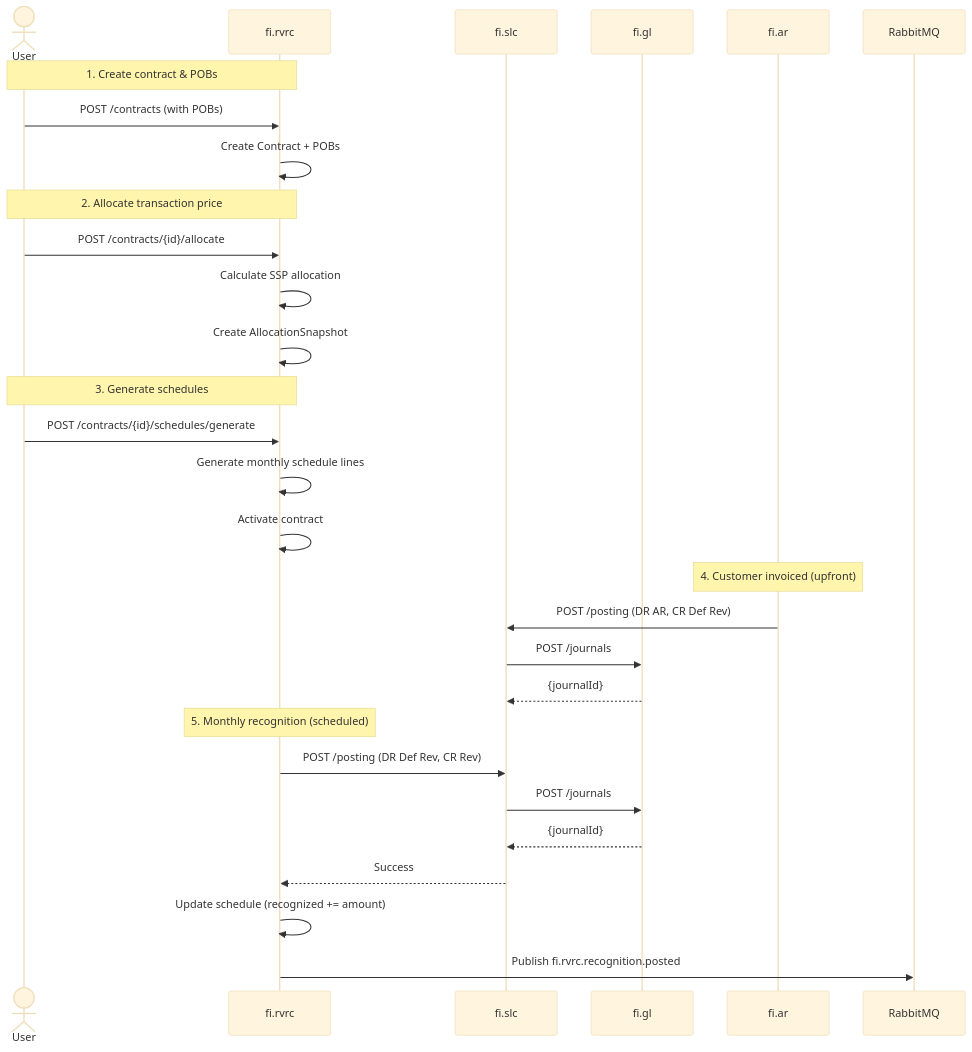
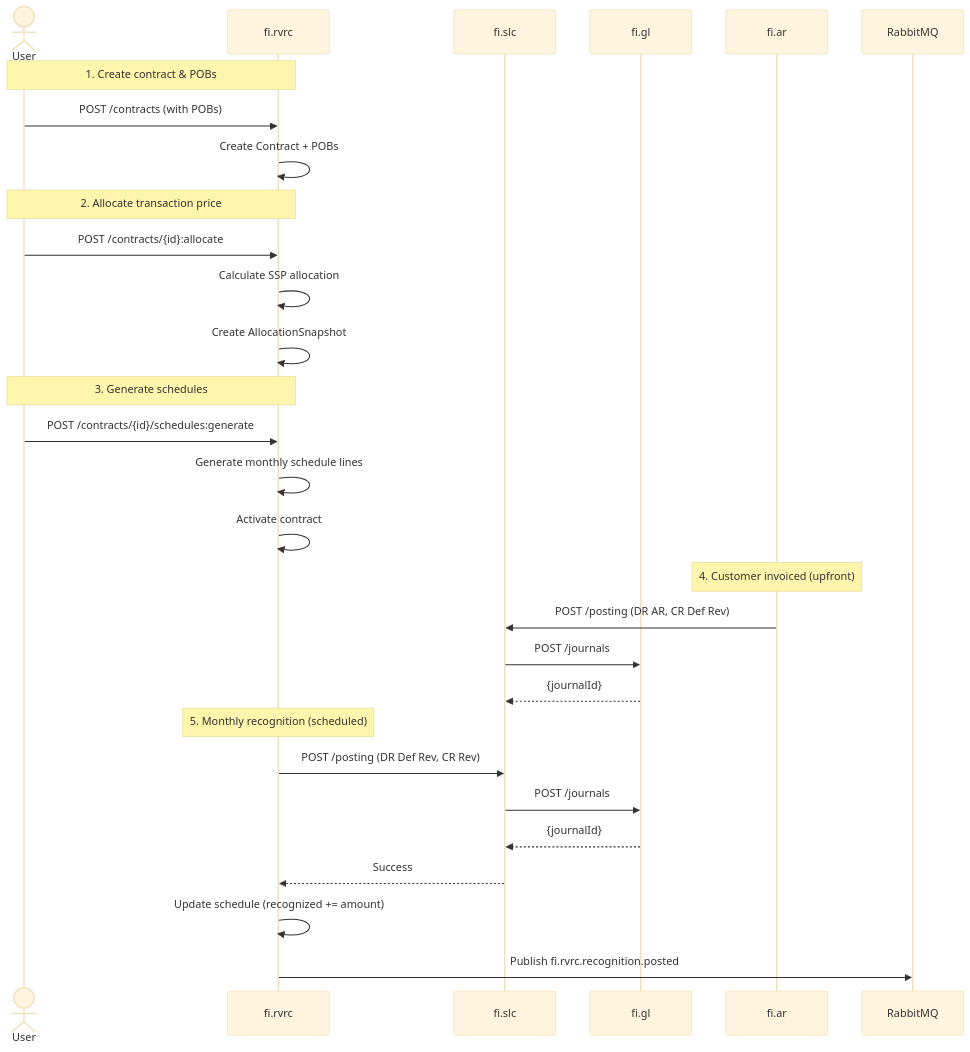
Before and after one commit to openleap-io/io.openleap.dev.spec: the sixth of 8 diagrams in T3_Domains/FI/domain-specs/ext/fi_rvrc-spec.md, drawn with Mermaid (base theme). The commit also changed other lines of this file and 54 other files, not shown here.

````diff
--- a/T3_Domains/FI/domain-specs/ext/fi_rvrc-spec.md
+++ b/T3_Domains/FI/domain-specs/ext/fi_rvrc-spec.md
@@ -861,36 +1605,36 @@
 ```mermaid
 sequenceDiagram
     actor User
     participant REVREC as fi.rvrc
     participant SLC as fi.slc
     participant GL as fi.gl
     participant AR as fi.ar
     participant MQ as RabbitMQ
     
     Note over User,REVREC: 1. Create contract & POBs
     User->>REVREC: POST /contracts (with POBs)
     REVREC->>REVREC: Create Contract + POBs
     
     Note over User,REVREC: 2. Allocate transaction price
-    User->>REVREC: POST /contracts/{id}/allocate
+    User->>REVREC: POST /contracts/{id}:allocate
     REVREC->>REVREC: Calculate SSP allocation
     REVREC->>REVREC: Create AllocationSnapshot
     
     Note over User,REVREC: 3. Generate schedules
-    User->>REVREC: POST /contracts/{id}/schedules/generate
+    User->>REVREC: POST /contracts/{id}/schedules:generate
     REVREC->>REVREC: Generate monthly schedule lines
     REVREC->>REVREC: Activate contract
     
     Note over AR: 4. Customer invoiced (upfront)
     AR->>SLC: POST /posting (DR AR, CR Def Rev)
     SLC->>GL: POST /journals
     GL-->>SLC: {journalId}
     
     Note over REVREC: 5. Monthly recognition (scheduled)
     REVREC->>SLC: POST /posting (DR Def Rev, CR Rev)
     SLC->>GL: POST /journals
     GL-->>SLC: {journalId}
     SLC-->>REVREC: Success
     REVREC->>REVREC: Update schedule (recognized += amount)
     REVREC->>MQ: Publish fi.rvrc.recognition.posted
 ```
````
